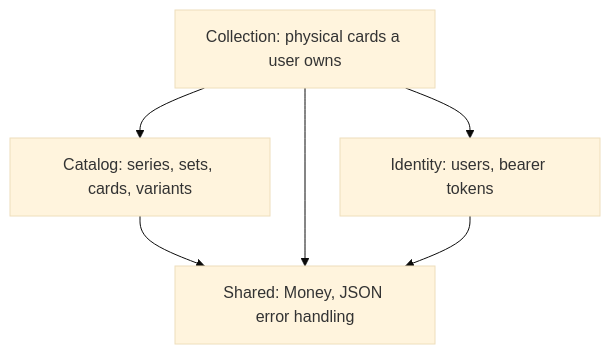
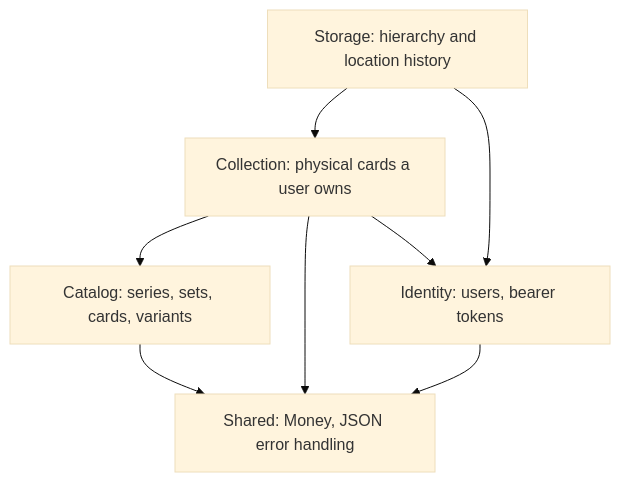
The diagram in README.md (Jelmer-Ketelaar/CardNest), drawn with Mermaid (base theme) before and after one commit. The commit also changed other lines of this file and 40 other files, not shown here.

````diff
--- a/README.md
+++ b/README.md
@@ -135,13 +144,16 @@
 ```mermaid
 flowchart TD
     Identity[Identity: users, bearer tokens]
     Catalog[Catalog: series, sets, cards, variants]
     Collection[Collection: physical cards a user owns]
+    Storage[Storage: hierarchy and location history]
     Shared[Shared: Money, JSON error handling]
 
     Collection --> Catalog
     Collection --> Identity
+    Storage --> Collection
+    Storage --> Identity
     Catalog --> Shared
     Collection --> Shared
     Identity --> Shared
 ```
````
